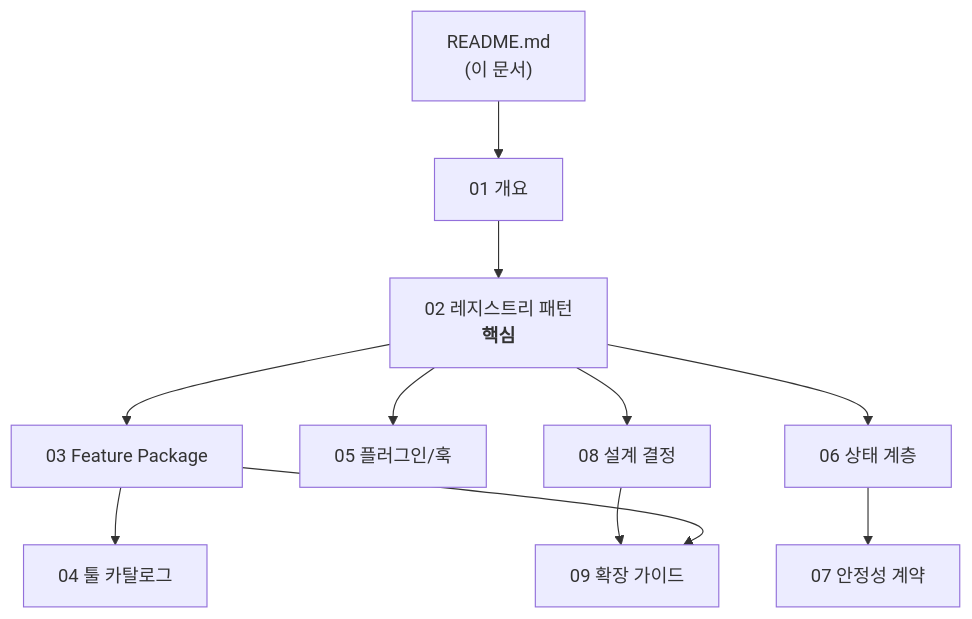
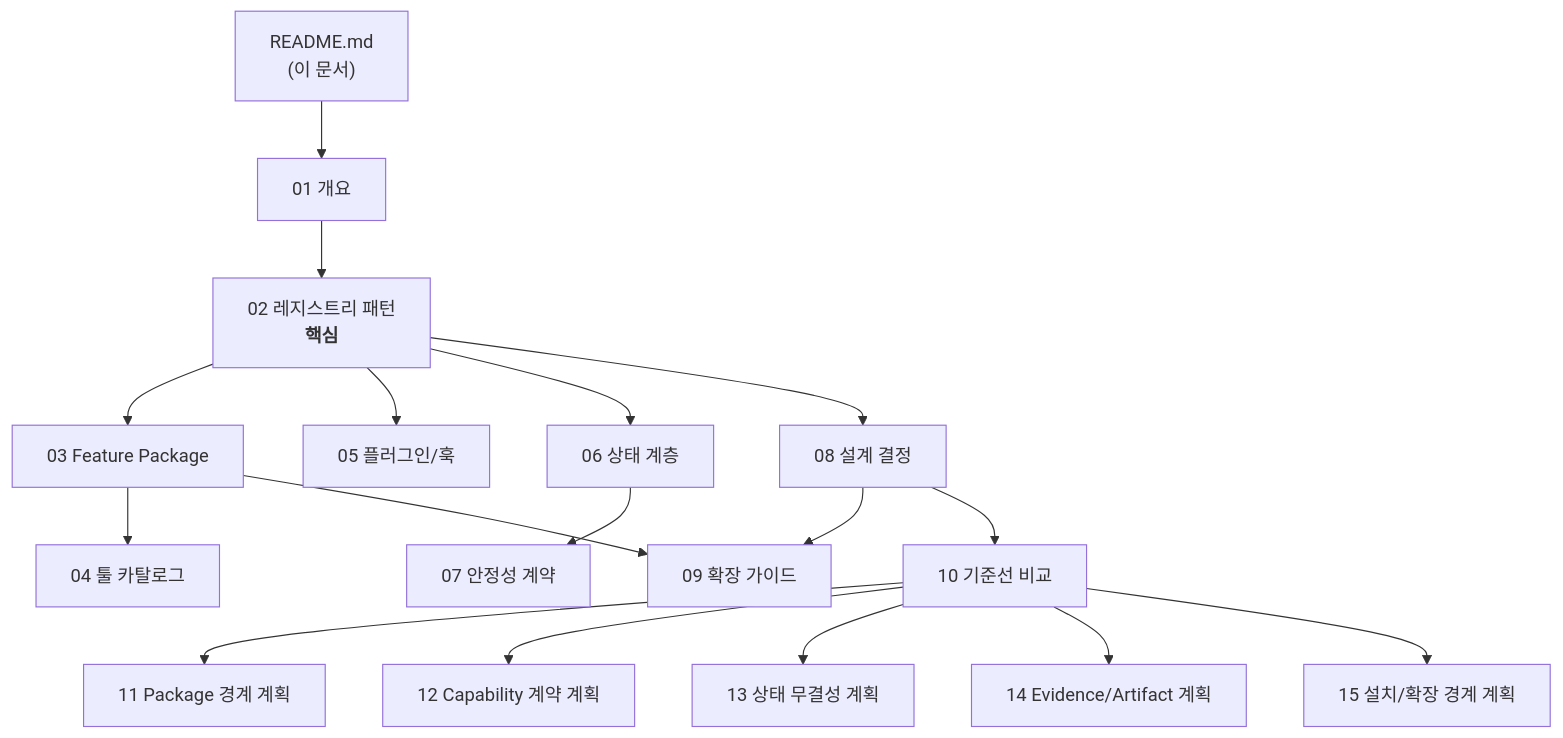
Before and after one commit to WonderRabbit/Tiny-Chu: the diagram in docs/architecture/README.md, drawn with Mermaid. The commit also changed other lines of this file and 12 other files, not shown here.

Commit message:
docs(architecture): add addon ecosystem plans

````diff
--- a/docs/architecture/README.md
+++ b/docs/architecture/README.md
@@ -79,22 +85,34 @@
 ```mermaid
 flowchart TD
     README["README.md<br/>(이 문서)"]
     O1["01 개요"]
     O2["02 레지스트리 패턴<br/><b>핵심</b>"]
     O3["03 Feature Package"]
     O4["04 툴 카탈로그"]
     O5["05 플러그인/훅"]
     O6["06 상태 계층"]
     O7["07 안정성 계약"]
     O8["08 설계 결정"]
     O9["09 확장 가이드"]
+    O10["10 기준선 비교"]
+    O11["11 Package 경계 계획"]
+    O12["12 Capability 계약 계획"]
+    O13["13 상태 무결성 계획"]
+    O14["14 Evidence/Artifact 계획"]
+    O15["15 설치/확장 경계 계획"]
 
     README --> O1 --> O2
     O2 --> O3 --> O4
     O2 --> O5
     O2 --> O6
     O6 --> O7
     O2 --> O8
     O8 --> O9
     O3 --> O9
+    O8 --> O10
+    O10 --> O11
+    O10 --> O12
+    O10 --> O13
+    O10 --> O14
+    O10 --> O15
 ```
````
